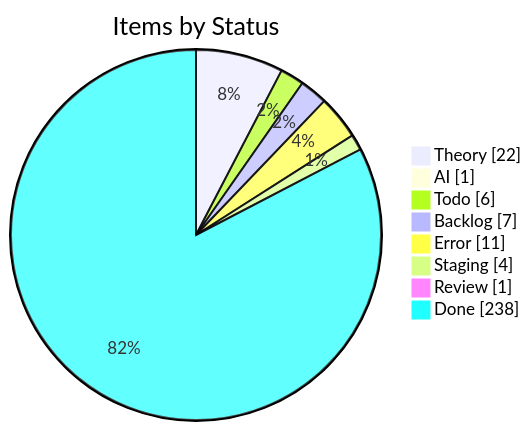
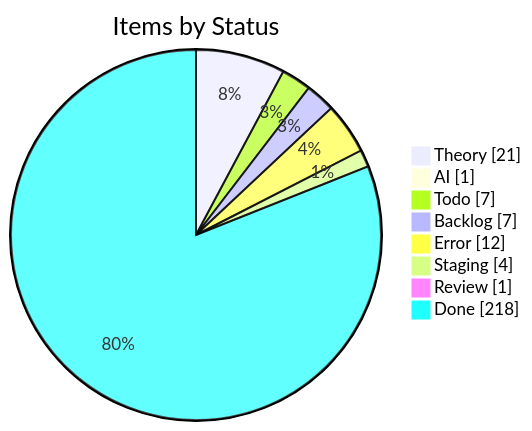
The first of 4 diagrams in apps/kbve/astro-kbve/src/content/docs/dashboard/kanban-data.mdx (KBVE/kbve), drawn with Mermaid before and after one commit. The commit also changed other lines of this file and 8 other files, not shown here.

````diff
--- a/apps/kbve/astro-kbve/src/content/docs/dashboard/kanban-data.mdx
+++ b/apps/kbve/astro-kbve/src/content/docs/dashboard/kanban-data.mdx
@@ -55,12 +55,12 @@
 ```mermaid
 pie showData
     title Items by Status
-    "Theory" : 22
+    "Theory" : 21
     "AI" : 1
-    "Todo" : 6
+    "Todo" : 7
     "Backlog" : 7
-    "Error" : 11
+    "Error" : 12
     "Staging" : 4
     "Review" : 1
-    "Done" : 238
+    "Done" : 218
 ```
````
